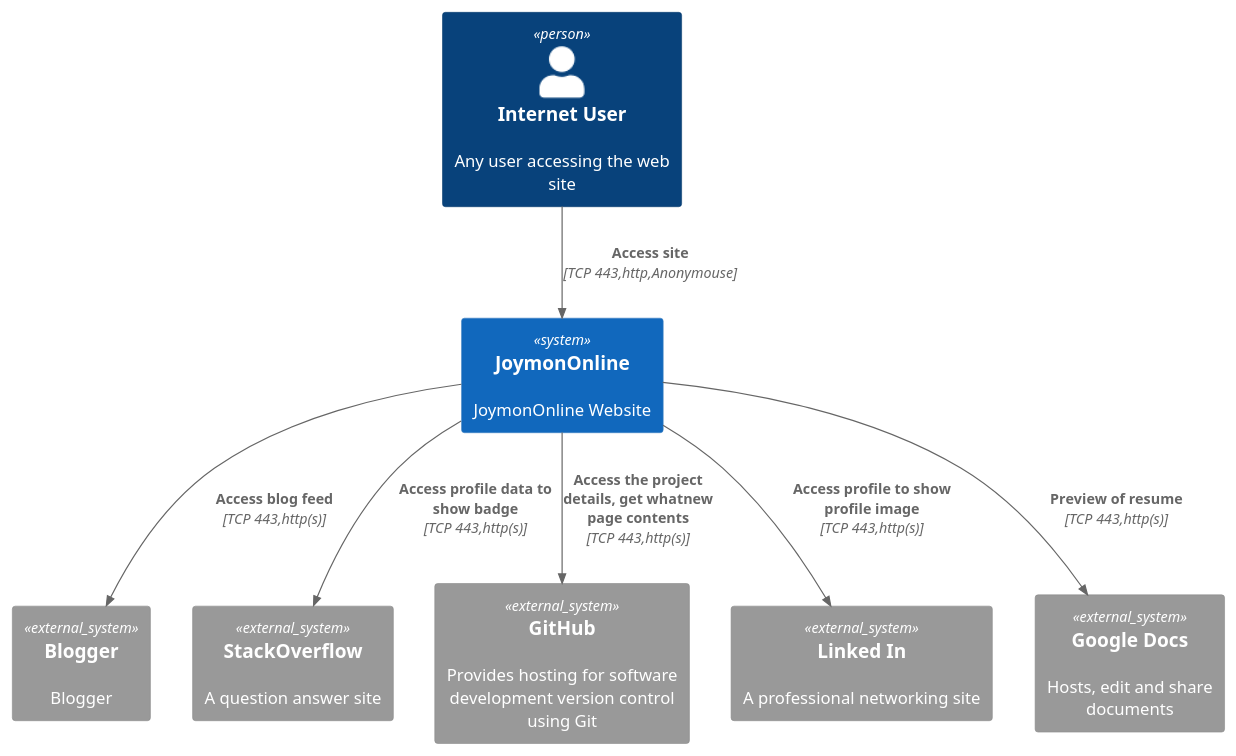
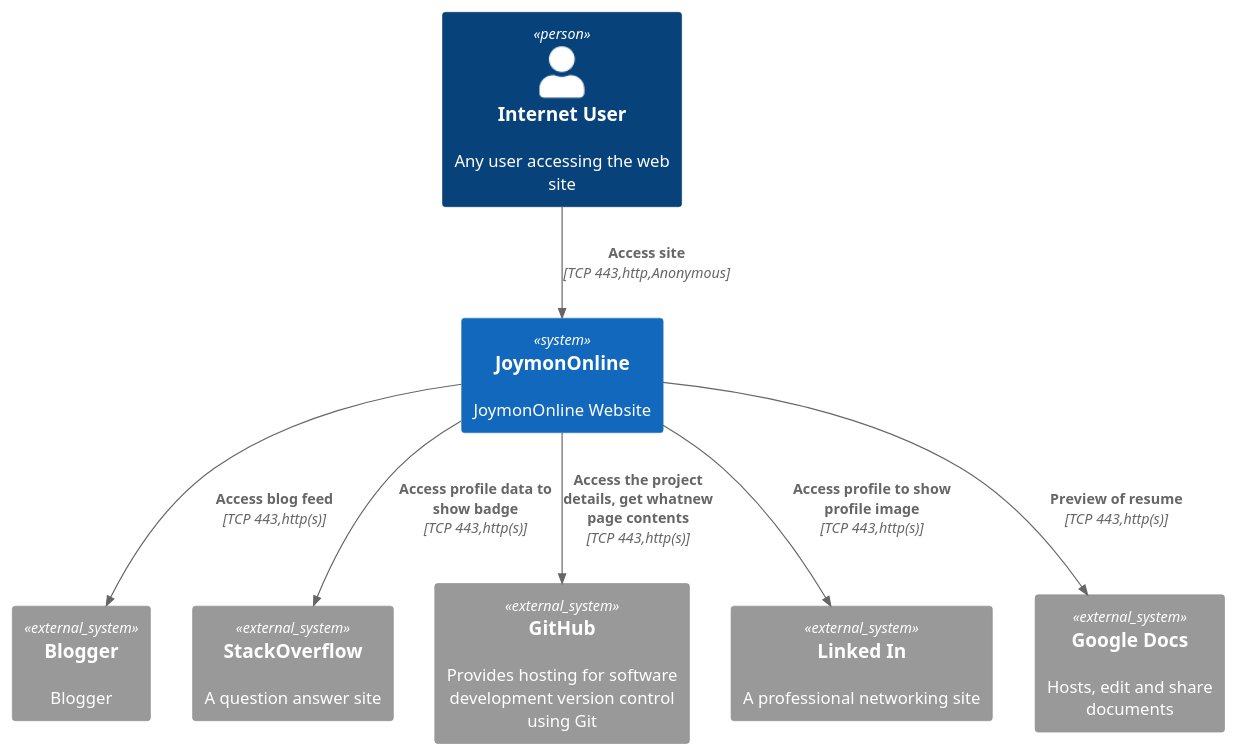
The diagram in diagrams/context.puml (joymon/Demo-ASPNetIntergationTest), drawn with PlantUML before and after one commit.

```diff
--- a/diagrams/context.puml
+++ b/diagrams/context.puml
@@ -1,17 +1,17 @@
 @startuml JoymonOnline_Context
 !includeurl https://raw.githubusercontent.com/RicardoNiepel/C4-PlantUML/release/1-0/C4_Container.puml
 
 Person(personAlias, "Internet User", "Any user accessing the web site")
 System(joymononline, "JoymonOnline", "JoymonOnline Website")
 System_Ext(blogger,"Blogger","Blogger")
 System_Ext(stackOverflow,"StackOverflow","A question answer site")
 System_Ext(github,"GitHub","Provides hosting for software development version control using Git")
 System_Ext(linkedIn,"Linked In","A professional networking site")
 System_Ext(googleDocs,"Google Docs","Hosts, edit and share documents")
-Rel(personAlias, joymononline, "Access site", "TCP 443,http,Anonymouse")
+Rel(personAlias, joymononline, "Access site", "TCP 443,http,Anonymous")
 Rel(joymononline,blogger,"Access blog feed","TCP 443,http(s)")
 Rel(joymononline,stackOverflow,"Access profile data to show badge","TCP 443,http(s)")
 Rel(joymononline,github,"Access the project details, get whatnew page contents","TCP 443,http(s)")
 Rel(joymononline,linkedIn,"Access profile to show profile image","TCP 443,http(s)")
 Rel(joymononline,googleDocs,"Preview of resume","TCP 443,http(s)")
 @enduml
```
